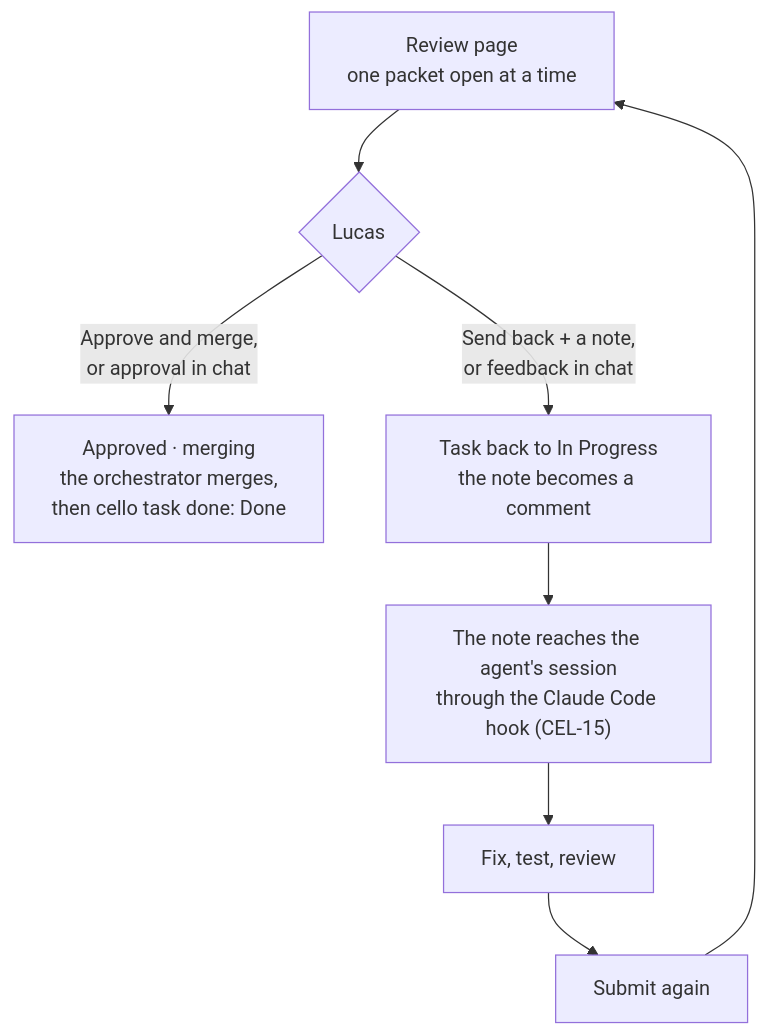
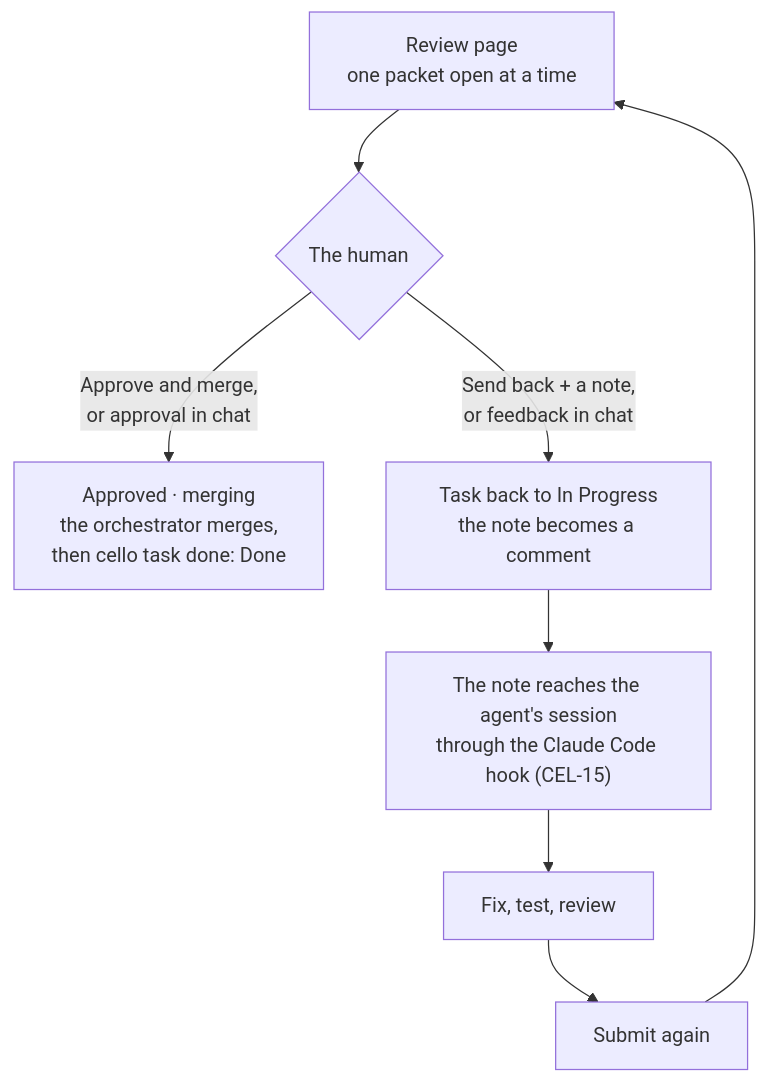
Before and after one commit to lnmunhoz/cello: the fourth of 5 diagrams in docs/feature-lifecycle.md, drawn with Mermaid. The commit also changed other lines of this file and 17 other files, not shown here.

First line of the commit message:
docs: agents say "the human", not Lucas; the unknown user is "Human" (CEL-182)

````diff
--- a/docs/feature-lifecycle.md
+++ b/docs/feature-lifecycle.md
@@ -158,10 +158,10 @@
 ```mermaid
 flowchart TD
-    A["Review page<br/>one packet open at a time"] --> B{"Lucas"}
+    A["Review page<br/>one packet open at a time"] --> B{"The human"}
     B -->|"Approve and merge,<br/>or approval in chat"| D["Approved · merging<br/>the orchestrator merges,<br/>then cello task done: Done"]
     B -->|"Send back + a note,<br/>or feedback in chat"| C["Task back to In Progress<br/>the note becomes a comment"]
     C --> E["The note reaches the agent's session<br/>through the Claude Code hook (CEL-15)"]
     E --> F["Fix, test, review"]
     F --> G["Submit again"]
     G --> A
 ```
````
